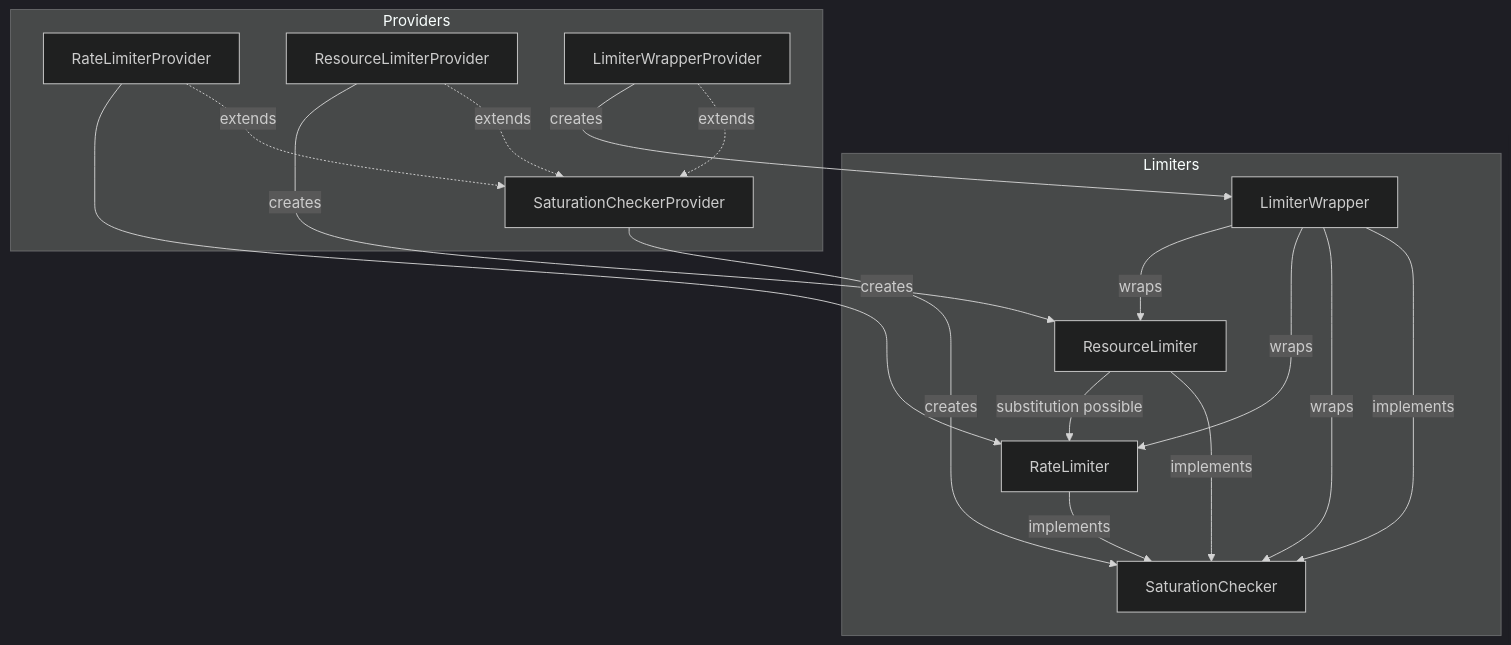
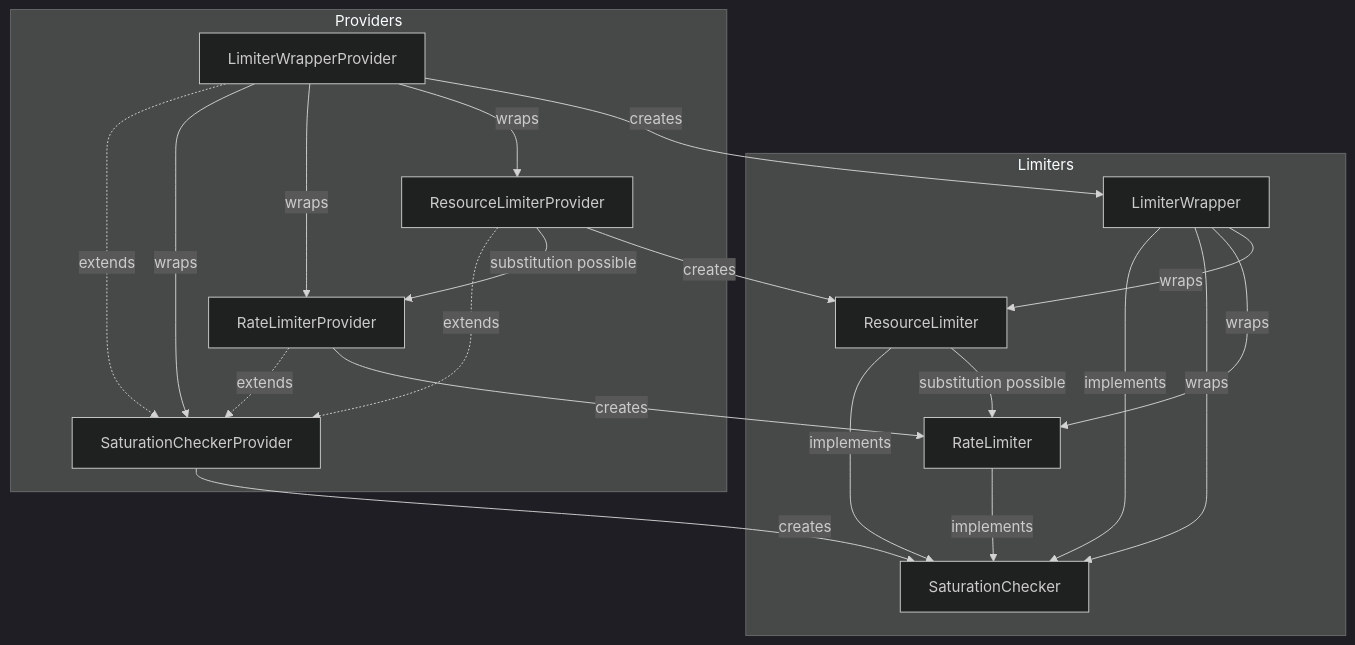
Before and after one commit to open-telemetry/opentelemetry-collector: the diagram in extension/extensionlimiter/README.md, drawn with Mermaid (dark theme).

````diff
--- a/extension/extensionlimiter/README.md
+++ b/extension/extensionlimiter/README.md
@@ -443,35 +443,39 @@
 ```mermaid
 graph TD;
     subgraph "Limiters"
 	    SaturationChecker["SaturationChecker"]
 	    RateLimiter["RateLimiter"]
 	    ResourceLimiter["ResourceLimiter"]
 	    LimiterWrapper["LimiterWrapper"]
     end
 
     subgraph "Providers"
 	    SaturationCheckerProvider["SaturationCheckerProvider"]
 	    RateLimiterProvider["RateLimiterProvider"]
 	    ResourceLimiterProvider["ResourceLimiterProvider"]
 	    LimiterWrapperProvider["LimiterWrapperProvider"]
     end
 
     RateLimiterProvider -.->|extends| SaturationCheckerProvider
     ResourceLimiterProvider -.->|extends| SaturationCheckerProvider
     LimiterWrapperProvider -.->|extends| SaturationCheckerProvider
+    ResourceLimiterProvider -->|substitution possible| RateLimiterProvider
+    LimiterWrapperProvider -->|wraps| SaturationCheckerProvider
+    LimiterWrapperProvider -->|wraps| RateLimiterProvider
+    LimiterWrapperProvider -->|wraps| ResourceLimiterProvider
 
     SaturationCheckerProvider -->|creates| SaturationChecker
     RateLimiterProvider -->|creates| RateLimiter
     ResourceLimiterProvider -->|creates| ResourceLimiter
     LimiterWrapperProvider -->|creates| LimiterWrapper
 
     LimiterWrapper -->|implements| SaturationChecker
     RateLimiter -->|implements| SaturationChecker
     ResourceLimiter -->|implements| SaturationChecker
 
     ResourceLimiter -->|substitution possible| RateLimiter
 
     LimiterWrapper -->|wraps| SaturationChecker
     LimiterWrapper -->|wraps| RateLimiter
     LimiterWrapper -->|wraps| ResourceLimiter
 ```
````
